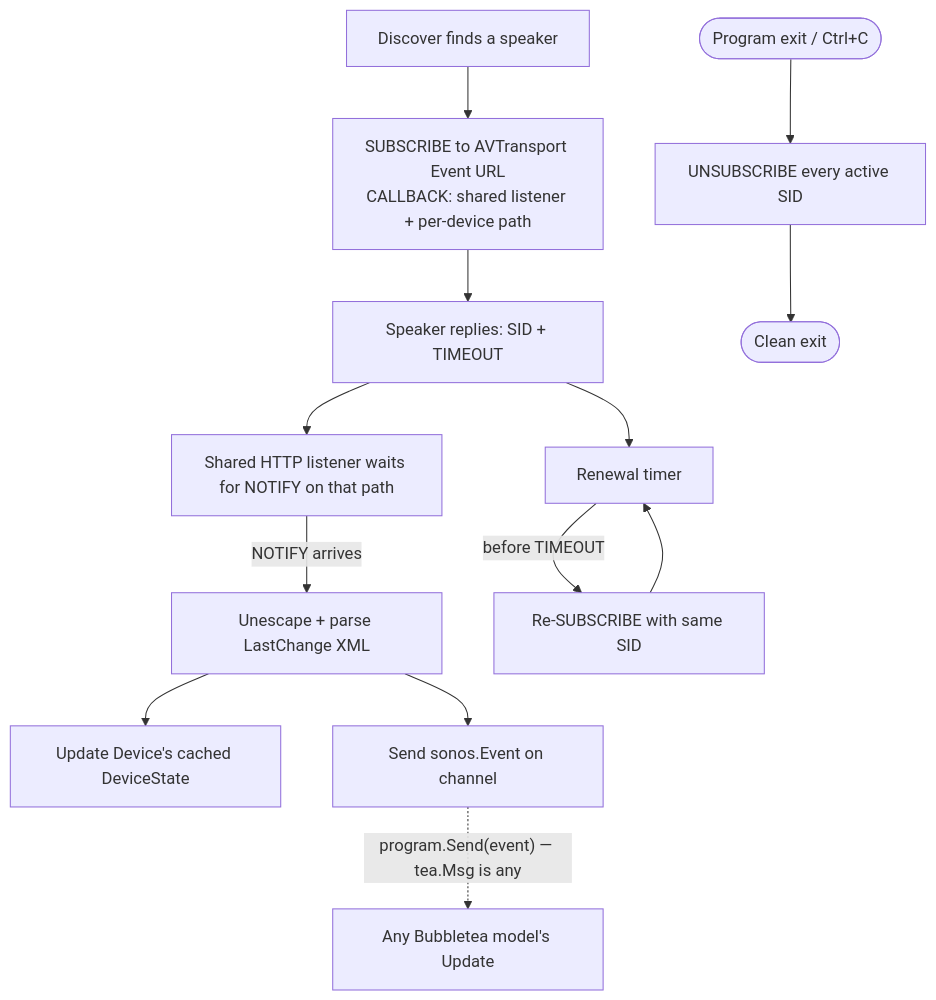
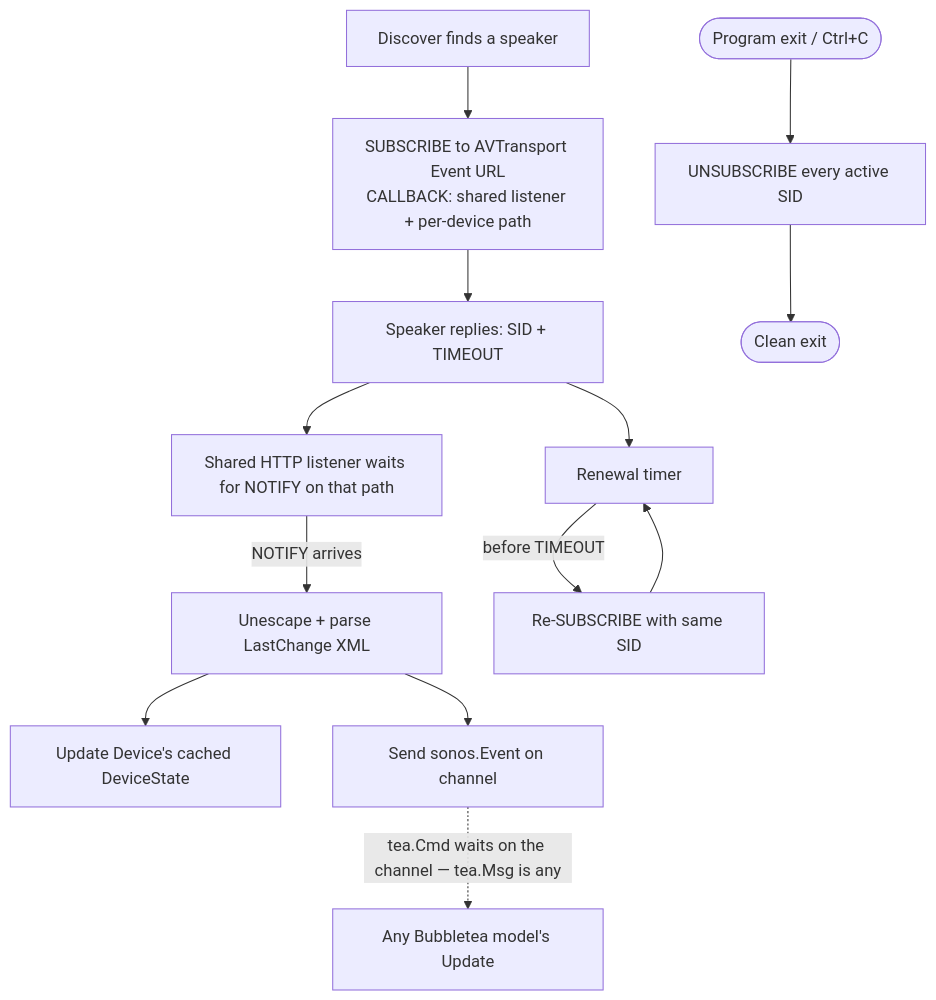
One commit to haasted/sonos-tui changed the diagram in ADRs/0002-gena-event-subscriptions.md. Above: the diagram before and after it, drawn with Mermaid. The commit also changed other lines of this file and 11 other files, not shown here.

````diff
--- a/ADRs/0002-gena-event-subscriptions.md
+++ b/ADRs/0002-gena-event-subscriptions.md
@@ -61,15 +61,15 @@
 ```mermaid
 flowchart TD
     Discover[Discover finds a speaker] --> Subscribe["SUBSCRIBE to AVTransport Event URL<br/>CALLBACK: shared listener + per-device path"]
     Subscribe --> SID[Speaker replies: SID + TIMEOUT]
     SID --> Listen[Shared HTTP listener waits for NOTIFY on that path]
     Listen -->|NOTIFY arrives| Parse[Unescape + parse LastChange XML]
     Parse --> UpdateState[Update Device's cached DeviceState]
     Parse --> Emit[Send sonos.Event on channel]
-    Emit -.->|"program.Send(event) — tea.Msg is any"| UI[Any Bubbletea model's Update]
+    Emit -.->|"tea.Cmd waits on the channel — tea.Msg is any"| UI[Any Bubbletea model's Update]
     SID --> Renew[Renewal timer]
     Renew -->|before TIMEOUT| Resubscribe[Re-SUBSCRIBE with same SID]
     Resubscribe --> Renew
     Shutdown(["Program exit / Ctrl+C"]) --> Unsubscribe[UNSUBSCRIBE every active SID]
     Unsubscribe --> Done([Clean exit])
 ```
````
